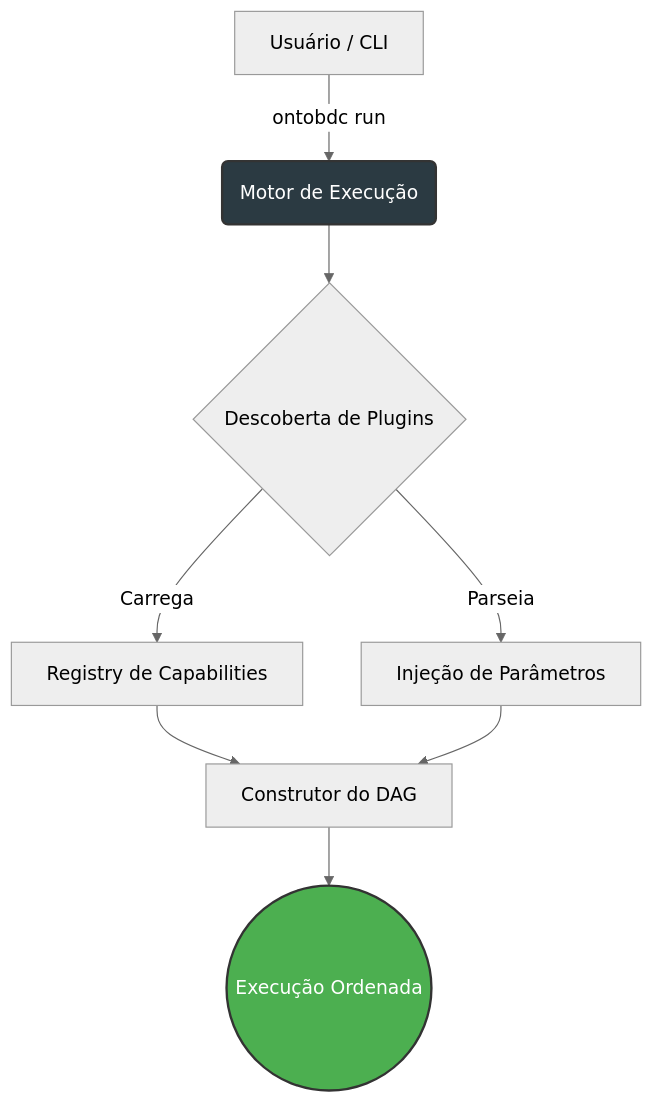
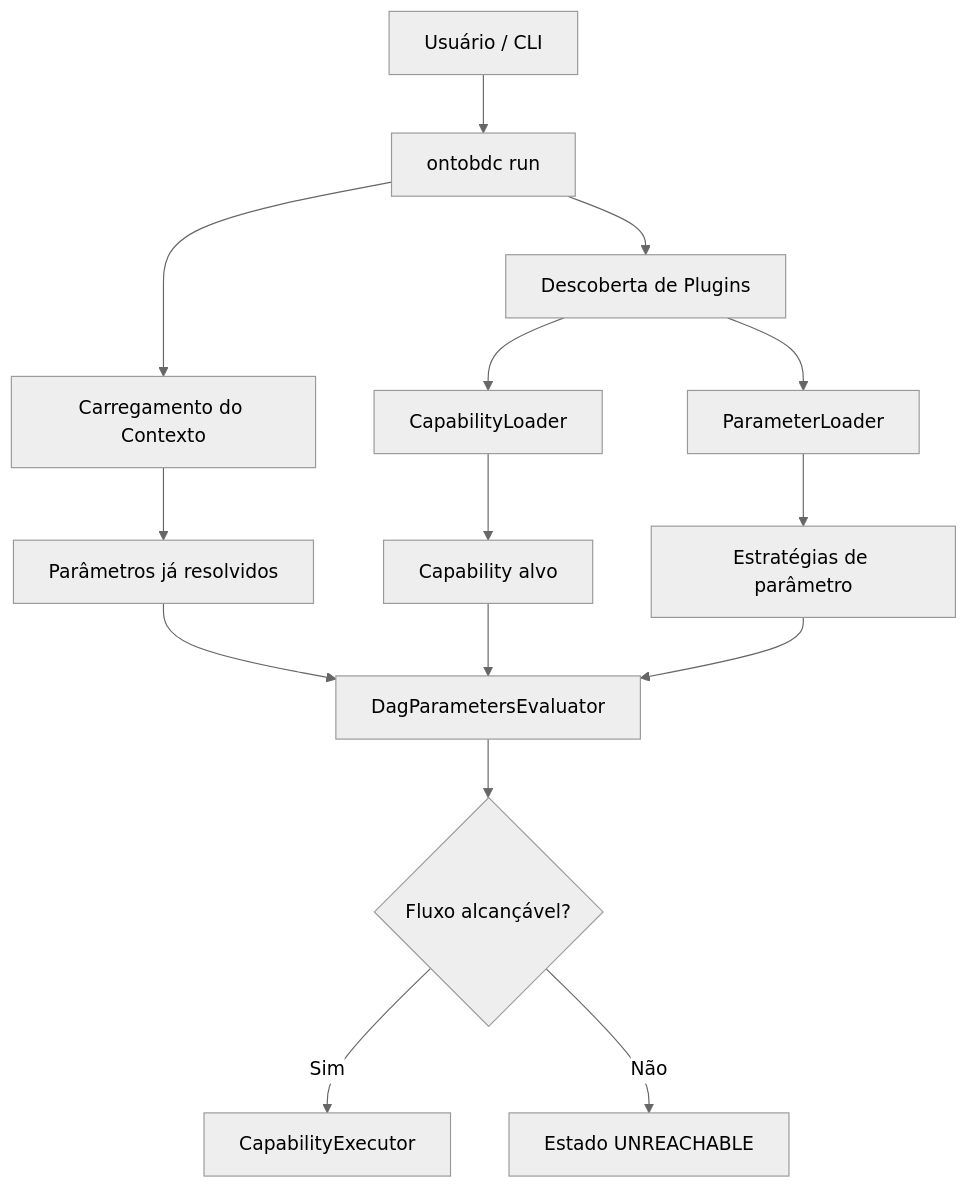
The second of 6 diagrams in documentation/paper/white/ontobdc-run-architecture.md (OntoBDC/ontobdc-docs), drawn with Mermaid (neutral theme) before and after one commit. The commit also changed other lines of this file and 4 other files, not shown here.

````diff
--- a/documentation/paper/white/ontobdc-run-architecture.md
+++ b/documentation/paper/white/ontobdc-run-architecture.md
@@ -27,13 +124,17 @@
 ```mermaid
-graph TD
-    A[Usuário / CLI] -->|ontobdc run| B(Motor de Execução)
-    B --> C{Descoberta de Plugins}
-    C -->|Carrega| D[Registry de Capabilities]
-    C -->|Parseia| E[Injeção de Parâmetros]
-    D --> F[Construtor do DAG]
-    E --> F
-    F --> G((Execução Ordenada))
-    
-    style B fill:#2b3a42,stroke:#333,stroke-width:2px,color:#fff
-    style G fill:#4caf50,stroke:#333,stroke-width:2px,color:#fff
+flowchart TD
+    A[Usuário / CLI] --> B[ontobdc run]
+    B --> C[Carregamento do Contexto]
+    B --> D[Descoberta de Plugins]
+    D --> E[CapabilityLoader]
+    D --> F[ParameterLoader]
+    C --> G[Parâmetros já resolvidos]
+    E --> H[Capability alvo]
+    F --> I[Estratégias de parâmetro]
+    G --> J[DagParametersEvaluator]
+    H --> J
+    I --> J
+    J --> K{Fluxo alcançável?}
+    K -->|Sim| L[CapabilityExecutor]
+    K -->|Não| M[Estado UNREACHABLE]
 ```
````
